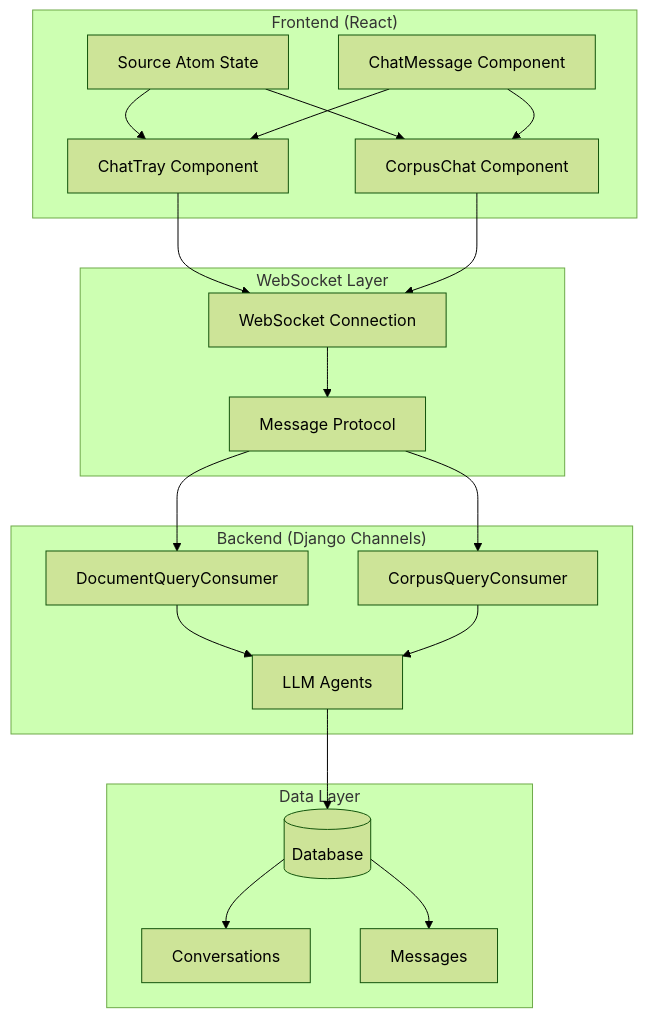
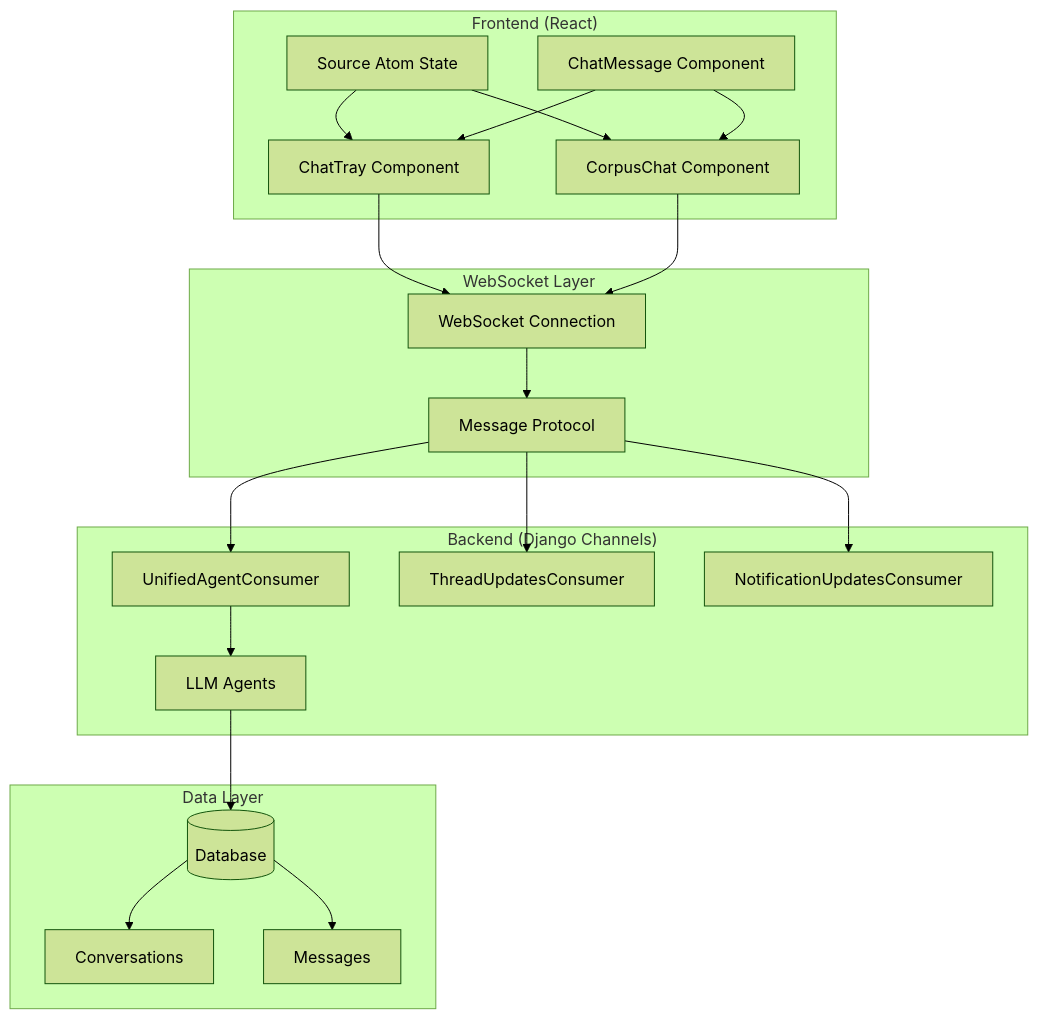
The first of 2 diagrams in docs/architecture/websocket/README.md (baichuanping/OpenContracts), drawn with Mermaid (forest theme) before and after one commit. The commit also changed other lines of this file and 18 other files, not shown here.

````diff
--- a/docs/architecture/websocket/README.md
+++ b/docs/architecture/websocket/README.md
@@ -71,42 +73,43 @@
 ```mermaid
 graph TB
     subgraph "Frontend (React)"
         CT[ChatTray Component]
         CC[CorpusChat Component]
         CM[ChatMessage Component]
         SA[Source Atom State]
     end
     
     subgraph "WebSocket Layer"
         WS[WebSocket Connection]
         MSG[Message Protocol]
     end
     
     subgraph "Backend (Django Channels)"
-        DQC[DocumentQueryConsumer]
-        CQC[CorpusQueryConsumer]
+        UAC[UnifiedAgentConsumer]
+        TUC[ThreadUpdatesConsumer]
+        NUC[NotificationUpdatesConsumer]
         AGENT[LLM Agents]
     end
     
     subgraph "Data Layer"
         DB[(Database)]
         CONV[Conversations]
         MSGS[Messages]
     end
     
     CT --> WS
     CC --> WS
     WS --> MSG
-    MSG --> DQC
-    MSG --> CQC
-    DQC --> AGENT
-    CQC --> AGENT
+    MSG --> UAC
+    MSG --> TUC
+    MSG --> NUC
+    UAC --> AGENT
     AGENT --> DB
     DB --> CONV
     DB --> MSGS
     
     SA --> CT
     SA --> CC
     CM --> CT
     CM --> CC
 ```
````
